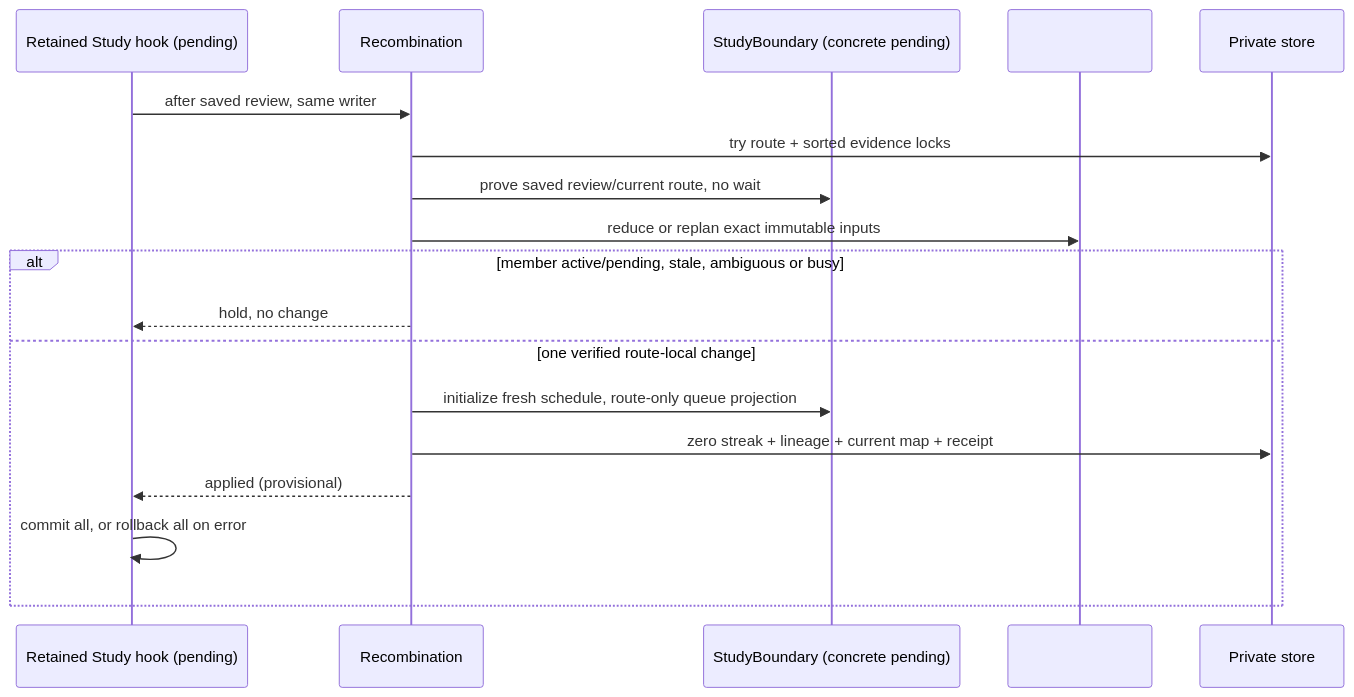
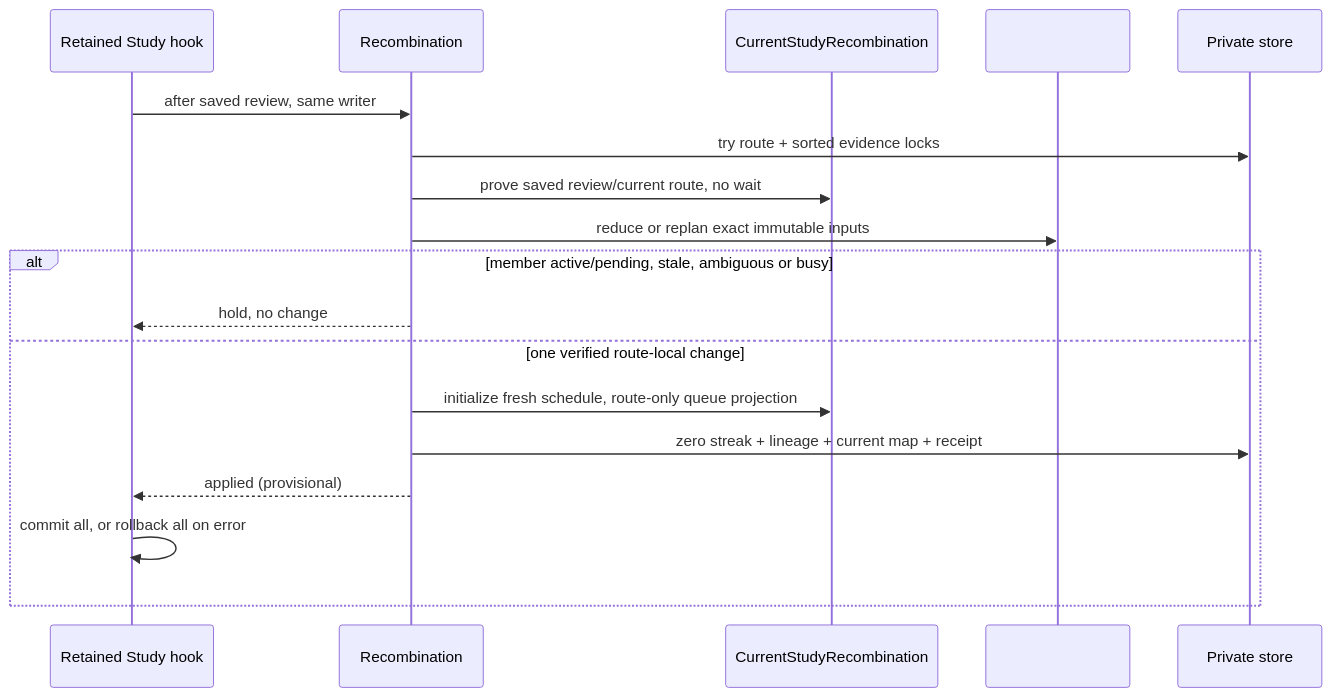
The second of 3 diagrams in backend/app/study/recombination/README.md (aaweaver-actuary/tempo), drawn with Mermaid before and after one commit. The commit also changed other lines of this file and 11 other files, not shown here.

Commit message:
feat(study): connect retained review owner to recombination and obligations

````diff
--- a/backend/app/study/recombination/README.md
+++ b/backend/app/study/recombination/README.md
@@ -114,20 +131,20 @@
 ```mermaid
 sequenceDiagram
-    participant Hook as Retained Study hook (pending)
+    participant Hook as Retained Study hook
     participant App as Recombination
-    participant Current as StudyBoundary (concrete pending)
+    participant Current as CurrentStudyRecombination
     participant Policy as #502 pure policy
     participant Store as Private store
     Hook->>App: after saved review, same writer
     App->>Store: try route + sorted evidence locks
     App->>Current: prove saved review/current route, no wait
     App->>Policy: reduce or replan exact immutable inputs
     alt member active/pending, stale, ambiguous or busy
         App-->>Hook: hold, no change
     else one verified route-local change
         App->>Current: initialize fresh schedule, route-only queue projection
         App->>Store: zero streak + lineage + current map + receipt
         App-->>Hook: applied (provisional)
         Hook->>Hook: commit all, or rollback all on error
     end
 ```
````
